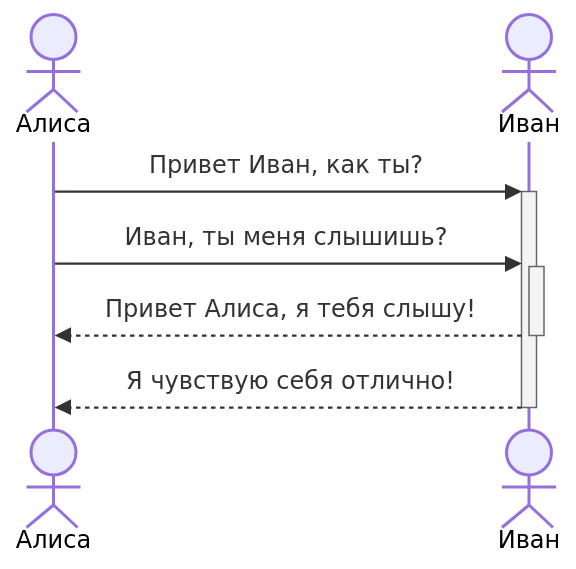
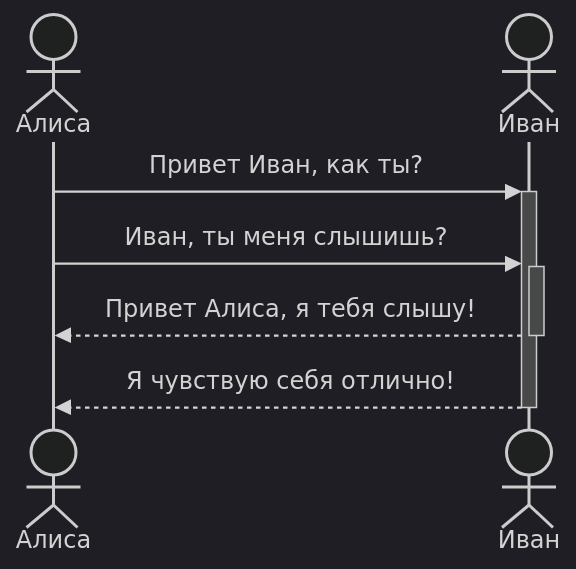
Before and after one commit to Nil-AV/Obsidian_Brain: the diagram in 2 Моделирование/UML/1.3.1. Seqence.md, drawn with Mermaid. The commit also changed 1 other file, not shown here.

Commit message:
vault backup: 2024-11-09 22:56:41

````diff
--- a/2 Моделирование/UML/1.3.1. Seqence.md
+++ b/2 Моделирование/UML/1.3.1. Seqence.md
@@ -6,10 +6,11 @@
 ```mermaid
+%%{init:{'theme':'dark'}}%%
 sequenceDiagram
 actor А as Алиса
 actor И as Иван
 
     А->>+И: Привет Иван, как ты?
     А->>+И: Иван, ты меня слышишь?
     И-->>-А: Привет Алиса, я тебя слышу!
     И-->>-А: Я чувствую себя отлично!
 ```
````
